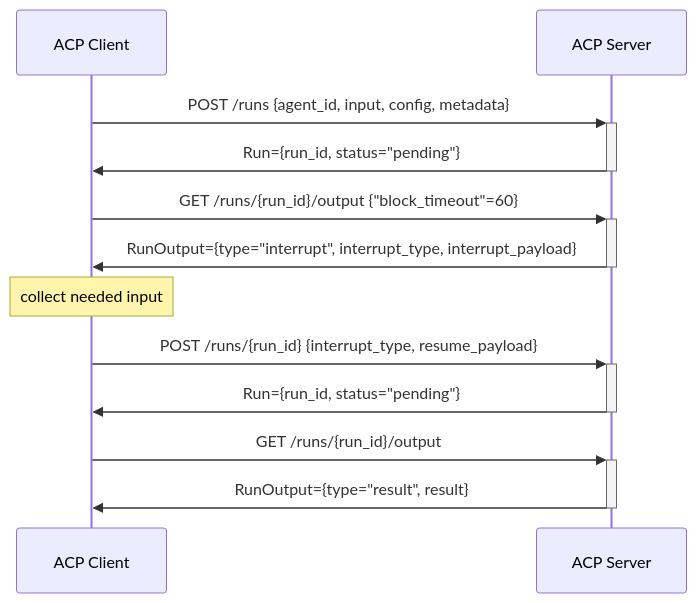
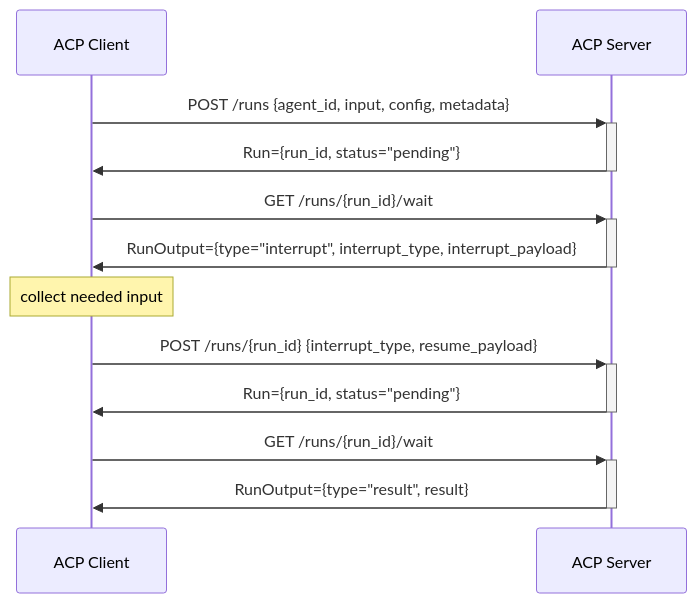
The seventh of 9 diagrams in docs/README.md (agntcy/acp-spec), drawn with Mermaid before and after one commit. The commit also changed other lines of this file and 4 other files, not shown here.

````diff
--- a/docs/README.md
+++ b/docs/README.md
@@ -145,14 +145,14 @@
 ```mermaid
 sequenceDiagram
     participant C as ACP Client
     participant S as ACP Server
     C->>+S: POST /runs {agent_id, input, config, metadata}
     S->>-C: Run={run_id, status="pending"}
-    C->>+S: GET /runs/{run_id}/output {"block_timeout"=60}
+    C->>+S: GET /runs/{run_id}/wait 
     S->>-C: RunOutput={type="interrupt", interrupt_type, interrupt_payload}
     note over C: collect needed input
     C->>+S: POST /runs/{run_id} {interrupt_type, resume_payload}
     S->>-C: Run={run_id, status="pending"}
-    C->>+S: GET /runs/{run_id}/output
+    C->>+S: GET /runs/{run_id}/wait
     S->>-C: RunOutput={type="result", result}
 ```
````
